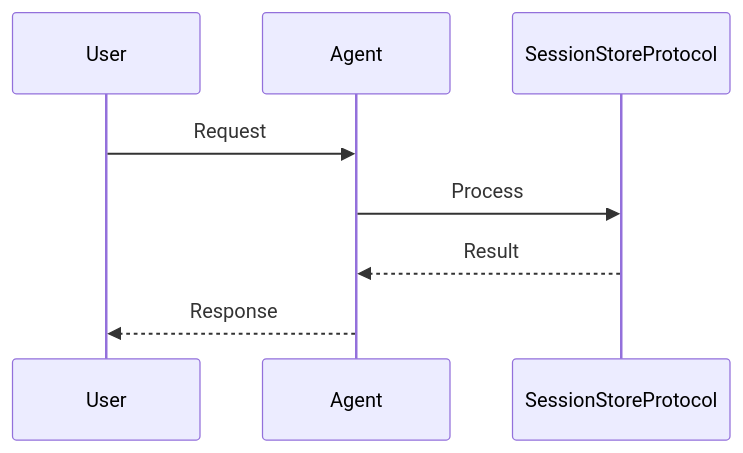
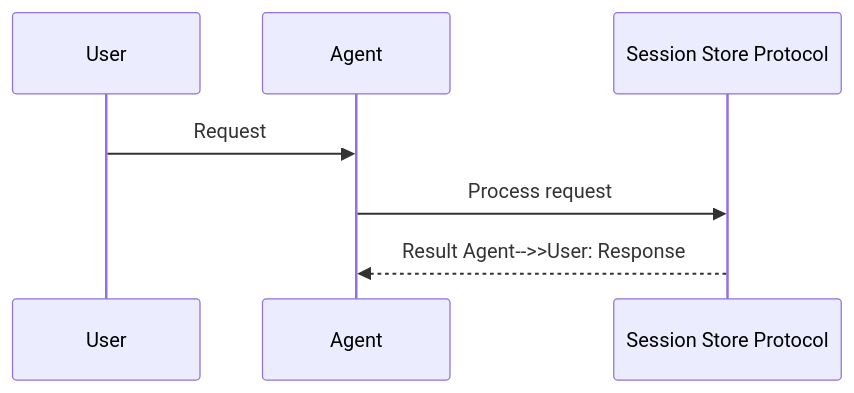
Before and after one commit to MervinPraison/PraisonAIDocs: the second of 3 diagrams in docs/features/session-protocol.mdx, drawn with Mermaid. The commit also changed 204 other files, not shown here.

First line of the commit message:
docs: align feature/tool pages with AGENTS.md hero + sequence + import standards (fixes #1775)

````diff
--- a/docs/features/session-protocol.mdx
+++ b/docs/features/session-protocol.mdx
@@ -45,11 +45,10 @@
 ```mermaid
 sequenceDiagram
     participant User
     participant Agent
-    participant SessionStoreProtocol
+    participant Feature as Session Store Protocol
 
     User->>Agent: Request
-    Agent->>SessionStoreProtocol: Process
-    SessionStoreProtocol-->>Agent: Result
-    Agent-->>User: Response
+    Agent->>Feature: Process request
+    Feature-->>Agent: Result    Agent-->>User: Response
 ```
````
